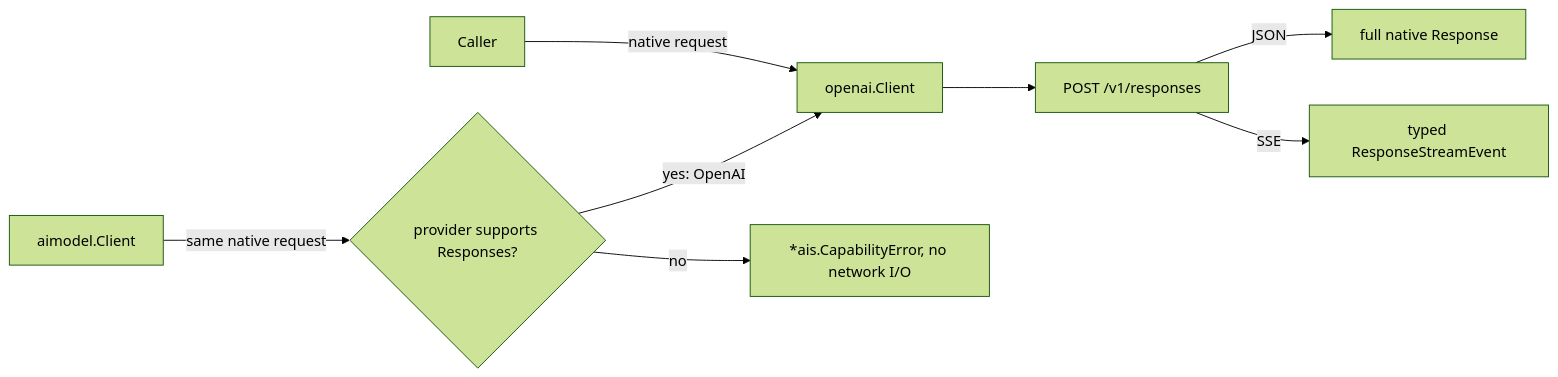
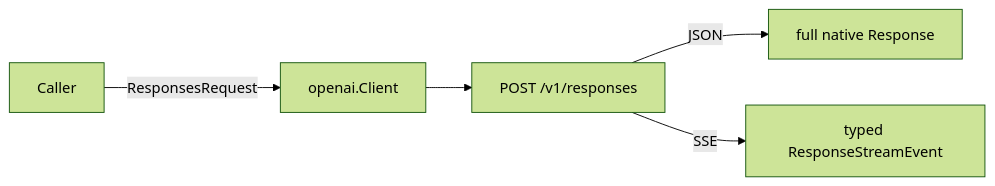
Before and after one commit to vogo/aimodel: the diagram in doc/openai/openai-response-api.md, drawn with Mermaid (forest theme). The commit also changed other lines of this file and 20 other files, not shown here.

````diff
--- a/doc/openai/openai-response-api.md
+++ b/doc/openai/openai-response-api.md
@@ -44,10 +42,7 @@
 ```mermaid
 flowchart LR
-    Caller -->|native request| Native[openai.Client]
-    Unified[aimodel.Client] -->|same native request| Cap{provider supports Responses?}
-    Cap -->|yes: OpenAI| Native
-    Cap -->|no| Err[*ais.CapabilityError, no network I/O]
+    Caller -->|ResponsesRequest| Native[openai.Client]
     Native --> Endpoint[POST /v1/responses]
     Endpoint -->|JSON| Resp[full native Response]
     Endpoint -->|SSE| Events[typed ResponseStreamEvent]
 ```
````
